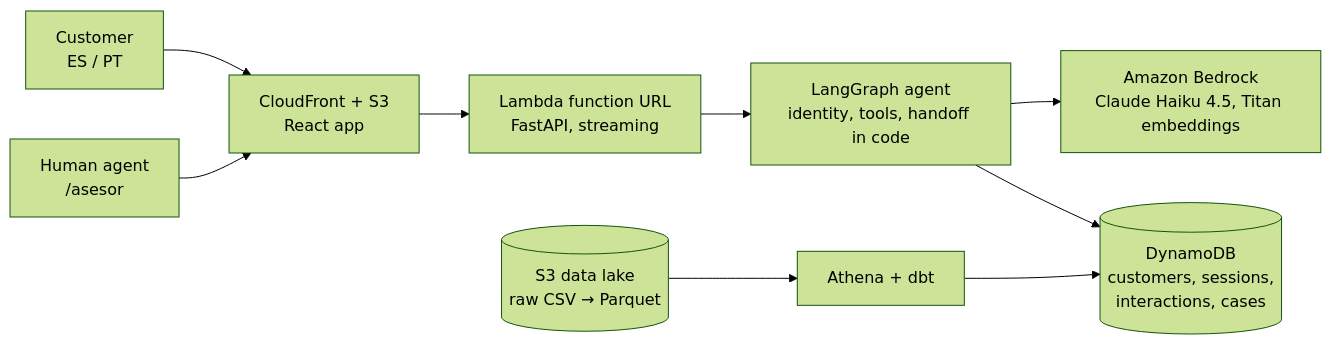
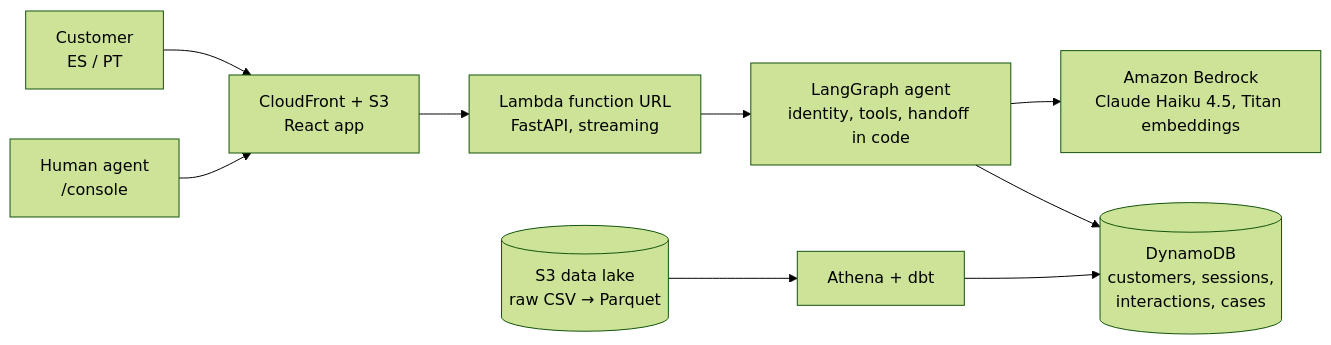
Before and after one commit to factored-ai-hackathon/factored-hackathon-2026-nova: the diagram in README.md, drawn with Mermaid (forest theme). The commit also changed other lines of this file and 17 other files, not shown here.

````diff
--- a/README.md
+++ b/README.md
@@ -89,10 +89,10 @@
 ```mermaid
 flowchart LR
   U[Customer<br/>ES / PT] --> CF[CloudFront + S3<br/>React app]
-  H[Human agent<br/>/asesor] --> CF
+  H[Human agent<br/>/console] --> CF
   CF --> L[Lambda function URL<br/>FastAPI, streaming]
   L --> G[LangGraph agent<br/>identity, tools, handoff in code]
   G --> B[Amazon Bedrock<br/>Claude Haiku 4.5, Titan embeddings]
   G --> D[(DynamoDB<br/>customers, sessions,<br/>interactions, cases)]
   S3[(S3 data lake<br/>raw CSV → Parquet)] --> A[Athena + dbt] --> D
 ```
````
